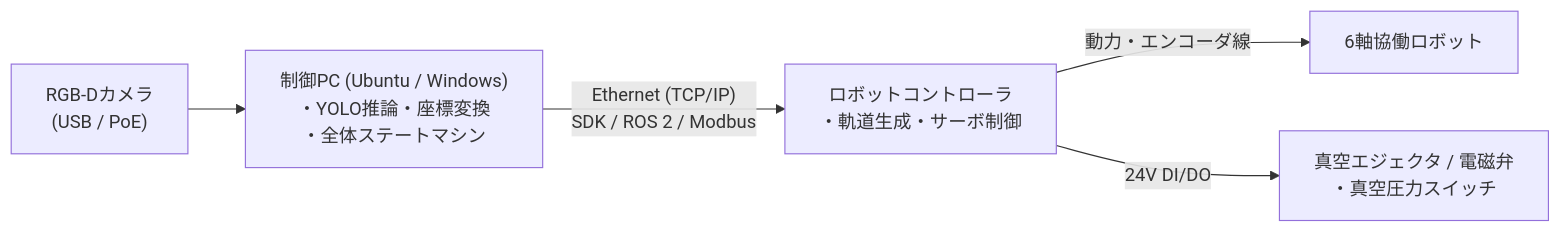
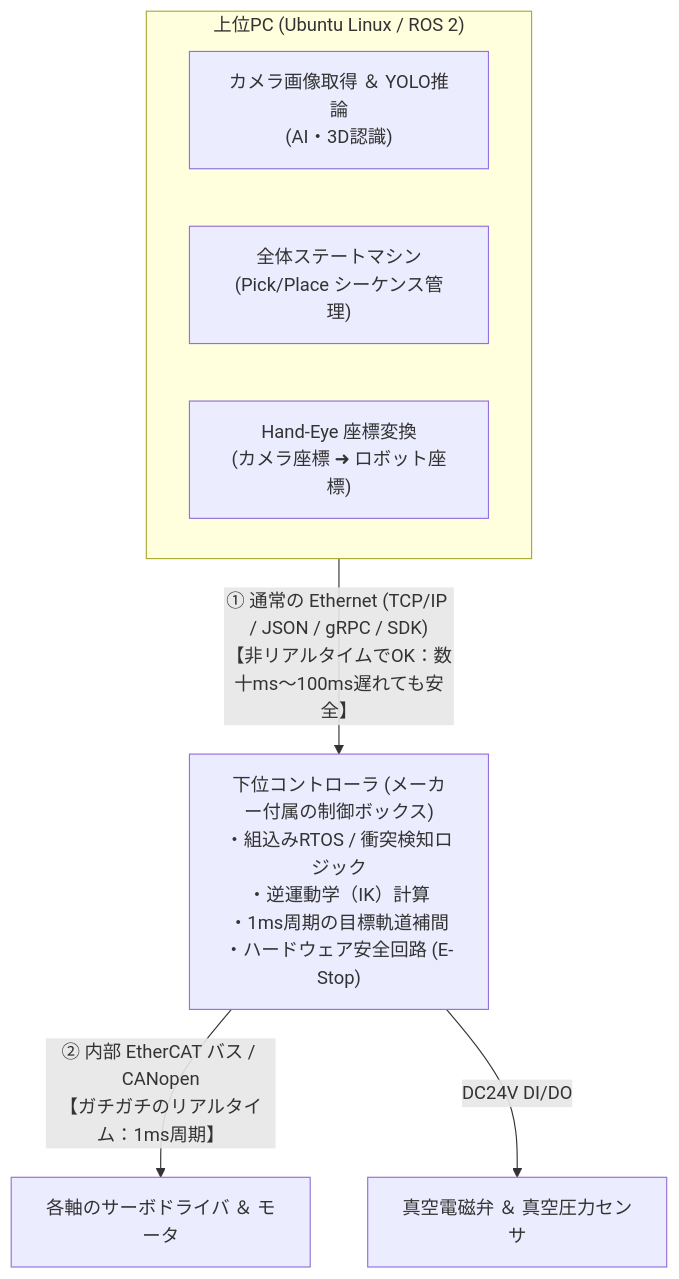
The diagram in docs/04_architecture/controller_and_pc.md (lazytatzv/fa-robotics-docs), drawn with Mermaid before and after one commit. The commit also changed other lines of this file and 4 other files, not shown here.

Commit message:
docs: add FA ecosystem guide, 2-tier control architecture, joint actuator mechanics, and camera tiers

````diff
--- a/docs/04_architecture/controller_and_pc.md
+++ b/docs/04_architecture/controller_and_pc.md
@@ -21,7 +25,13 @@
 ```mermaid
-flowchart LR
-    CAM["RGB-Dカメラ<br/>(USB / PoE)"] --> PC["制御PC (Ubuntu / Windows)<br/>・YOLO推論・座標変換<br/>・全体ステートマシン"]
-    PC -- "Ethernet (TCP/IP)<br/>SDK / ROS 2 / Modbus" --> CTRL["ロボットコントローラ<br/>・軌道生成・サーボ制御"]
-    CTRL -- "動力・エンコーダ線" --> ARM["6軸協働ロボット"]
-    CTRL -- "24V DI/DO" --> VAC["真空エジェクタ / 電磁弁<br/>・真空圧力スイッチ"]
+flowchart TD
+    subgraph UPPER["上位PC (Ubuntu Linux / ROS 2)"]
+        VISION["カメラ画像取得 ＆ YOLO推論<br/>(AI・3D認識)"]
+        STATE["全体ステートマシン<br/>(Pick/Place シーケンス管理)"]
+        COORD["Hand-Eye 座標変換<br/>(カメラ座標 ➜ ロボット座標)"]
+    end
+
+    UPPER -- "① 通常の Ethernet (TCP/IP / JSON / gRPC / SDK)<br/>【非リアルタイムでOK：数十ms〜100ms遅れても安全】" --> CTRL["下位コントローラ (メーカー付属の制御ボックス)<br/>・組込みRTOS / 衝突検知ロジック<br/>・逆運動学（IK）計算<br/>・1ms周期の目標軌道補間<br/>・ハードウェア安全回路 (E-Stop)"]
+
+    CTRL -- "② 内部 EtherCAT バス / CANopen<br/>【ガチガチのリアルタイム：1ms周期】" --> DRV["各軸のサーボドライバ ＆ モータ"]
+    CTRL -- "DC24V DI/DO" --> VAC["真空電磁弁 ＆ 真空圧力センサ"]
 ```
````
